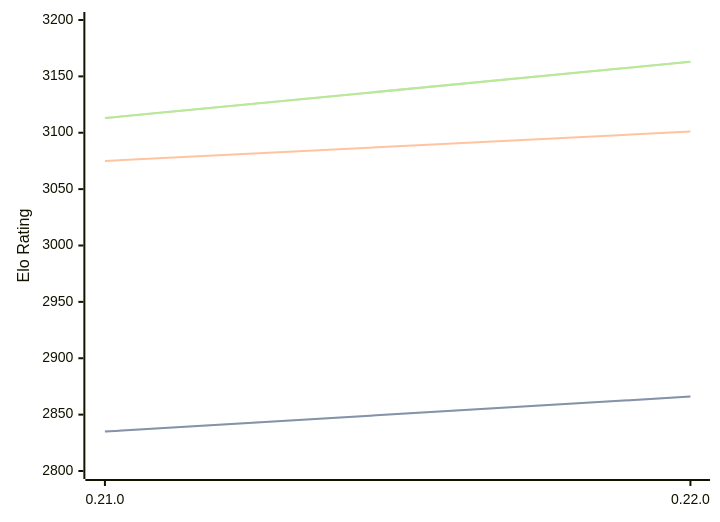
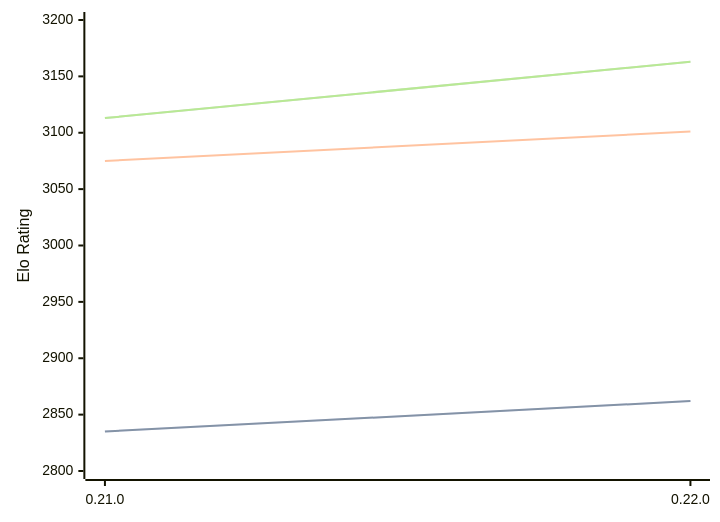
One commit to computer-chess-index/cci changed the diagram in engines/Princhess.md. Above: the diagram before and after it, drawn with Mermaid. The commit also changed other lines of this file, not shown here.

````diff
--- a/engines/Princhess.md
+++ b/engines/Princhess.md
@@ -32,11 +32,11 @@
 ```mermaid
 %%{init: {"theme":"base","themeVariables":{"seriesColors:['#a3a3a3','#222221','#faa371']}}}%%
 xychart-beta
   x-axis ["0.21.0", "0.22.0"]
   y-axis "Elo Rating" 2800 --> 3200
-  line "" [2835, 2866]
-  line "STC (8.0+0.08s)" [2835, 2866]
+  line "" [2835, 2862]
+  line "STC (8.0+0.08s)" [2835, 2862]
   line "LTC (60.0+0.60s)" [3075, 3101]
   line "" [3113, 3163]
   line "VLTC (2m24s+1.12s)" [3113, 3163]
 ```
````
